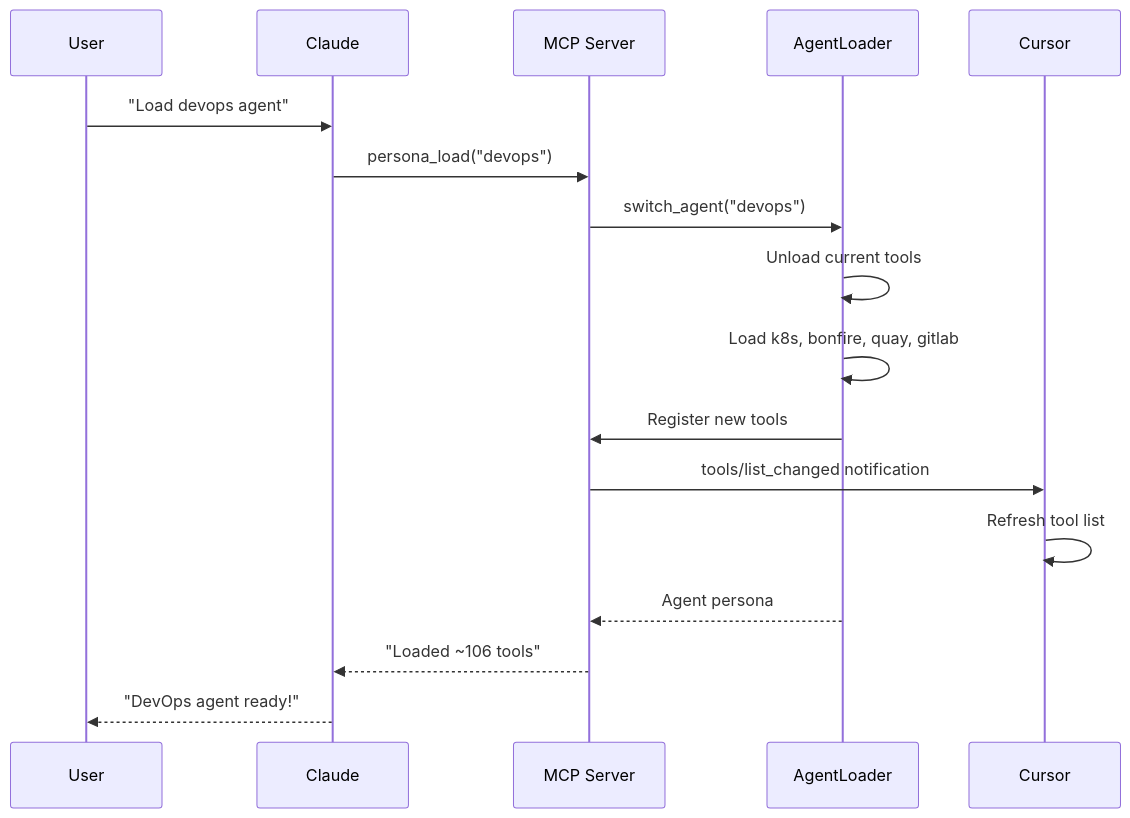
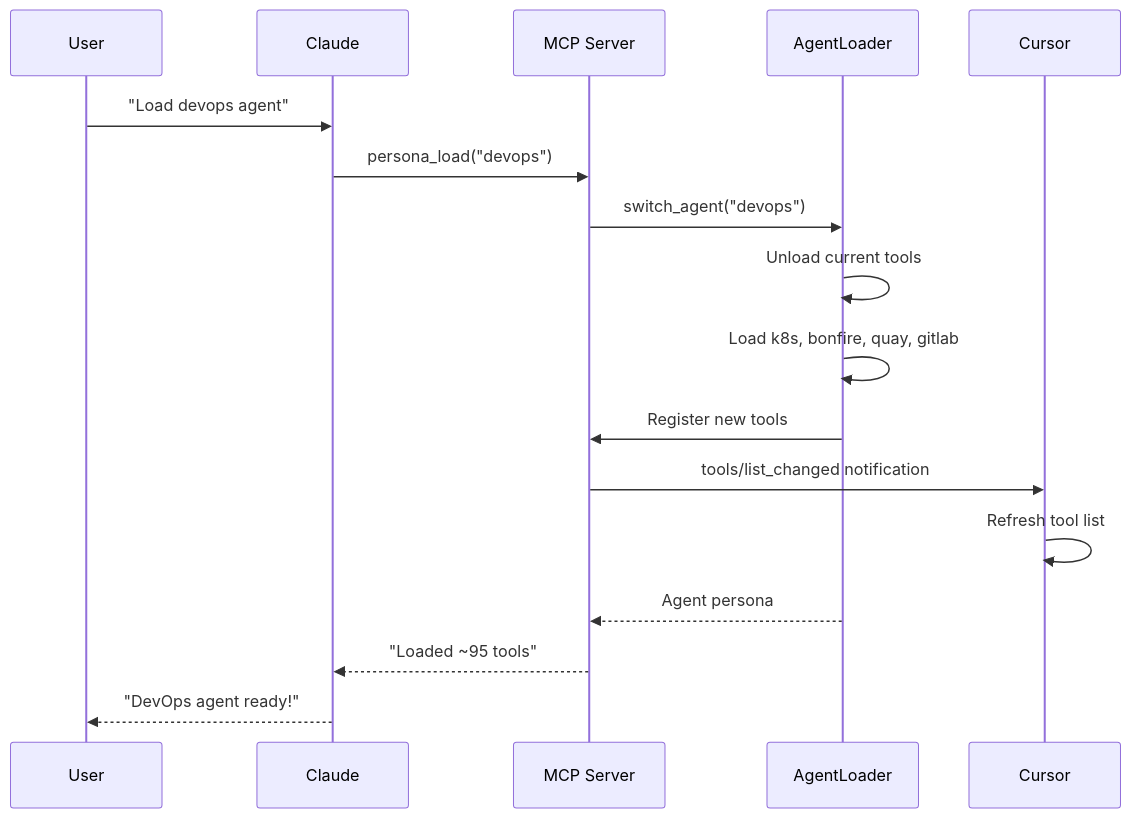
The first of 2 diagrams in docs/architecture/mcp-implementation.md (B-Whitt/redhat-ai-workflow), drawn with Mermaid before and after one commit. The commit also changed other lines of this file and 17 other files, not shown here.

````diff
--- a/docs/architecture/mcp-implementation.md
+++ b/docs/architecture/mcp-implementation.md
@@ -121,20 +121,20 @@
 ```mermaid
 sequenceDiagram
     participant User
     participant Claude
     participant MCP as MCP Server
     participant Loader as AgentLoader
     participant Cursor
 
     User->>Claude: "Load devops agent"
     Claude->>MCP: persona_load("devops")
     MCP->>Loader: switch_agent("devops")
     Loader->>Loader: Unload current tools
     Loader->>Loader: Load k8s, bonfire, quay, gitlab
     Loader->>MCP: Register new tools
     MCP->>Cursor: tools/list_changed notification
     Cursor->>Cursor: Refresh tool list
     Loader-->>MCP: Agent persona
-    MCP-->>Claude: "Loaded ~106 tools"
+    MCP-->>Claude: "Loaded ~95 tools"
     Claude-->>User: "DevOps agent ready!"
 ```
````
